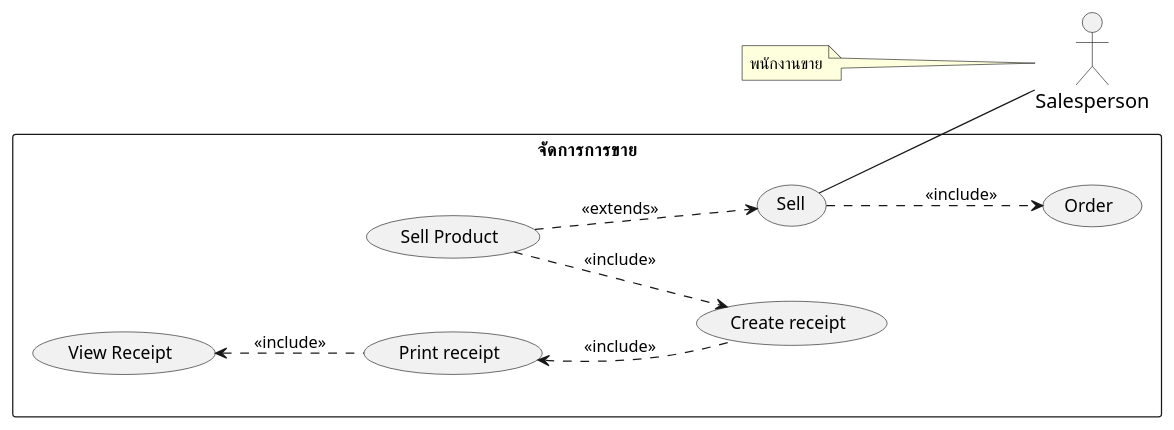
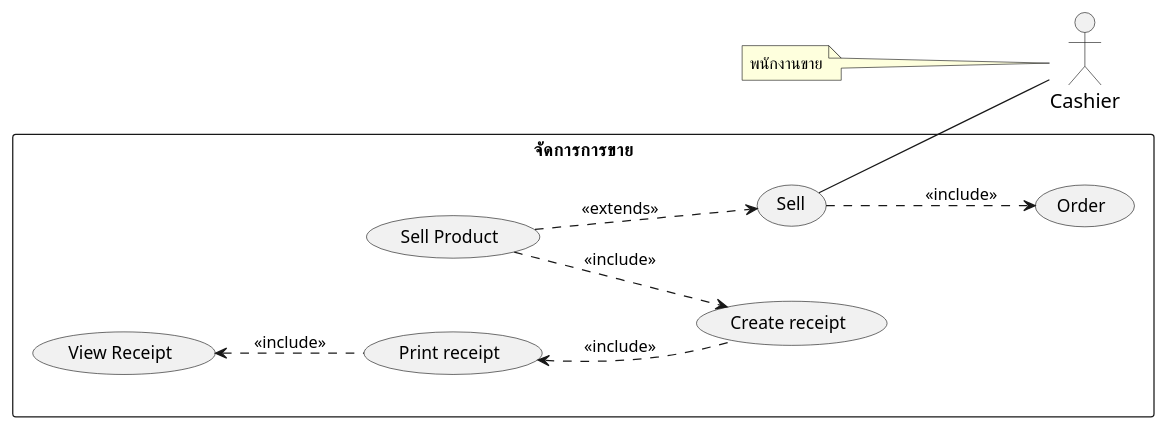
One commit to billowdev/inventory-system-plantuml-sequelize-seeder-example changed the diagram in system-analysis/usecase/_7_usecase-sell.puml. Above: the diagram before and after it, drawn with PlantUML. The commit also changed 24 other files, not shown here.

Commit message:
refactor usecase and sequence

```diff
--- a/system-analysis/usecase/_7_usecase-sell.puml
+++ b/system-analysis/usecase/_7_usecase-sell.puml
@@ -1,62 +1,62 @@
 @startuml
 'https://plantuml.com/usecase-diagram
 left to right direction
 
 skinparam sequence {
     ParticipantFontName Thai
     ParticipantFontSize 16
     ActorFontSize 16
     ActorFontName Thai
 }
 'skinparam linetype polyline
 ' skinparam linetype ortho
 
 skinparam Participant{
     FontColor #efefef
     BorderColor #c0c0c0
 }
 skinparam Sequence{
     ParticipantBorderThickness .5
     LifeLineBorderColor #8a8a8a
 }
 
 
-actor Salesperson as actorSalesperson
-note left of actorSalesperson : พนักงานขาย
+actor Cashier as actorCashier
+note left of actorCashier : พนักงานขาย
 
 ' =================== Stock System ===================
 rectangle "จัดการการขาย" as manageSale {
 
     ' ================ Selling ================
     ' กระบวนการขายสินค้า
     usecase (Sell) as (usecaseSell)
     usecase (Sell Product) as (usecaseSellProduct)
     '    note bottom of usecaseSell : กระบวนการขายสินค้า
 
 
     usecase (View Receipt) as (usecaseViewReceipt)
     usecase (Print receipt) as (usecasePrintReceipt)
     usecase (Create receipt) as (usecaseCreateReceipt)
 
     usecase (Order) as (usecaseOrder)
 
     '===========================================================
     ' ===                  Associate Flow                    ===
     '===========================================================
     ' ================ Sell ================
     (usecaseSellProduct) ..> (usecaseSell) : <<extends>>
 
     (usecaseSellProduct)  ..> (usecaseCreateReceipt) : <<include>>
     (usecaseSell)  ..> (usecaseOrder) : <<include>>
 
     '   ความสัมพันธ์ระหว่าง actor และ usecase ในส่วนของการขาย
-     (usecaseSell) -- actorSalesperson
+     (usecaseSell) -- actorCashier
 
     ' ================ Receipt ================
     (usecaseCreateReceipt) .up.> (usecasePrintReceipt) : <<include>>
     (usecaseViewReceipt)  <..   (usecasePrintReceipt): <<include>>
 
 
 }
 
 @enduml
```
